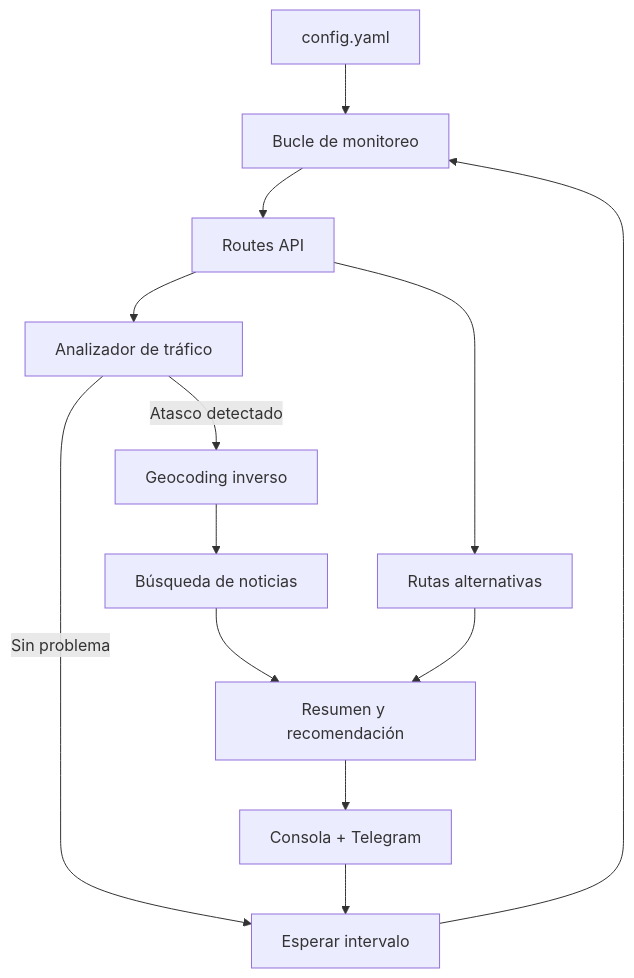
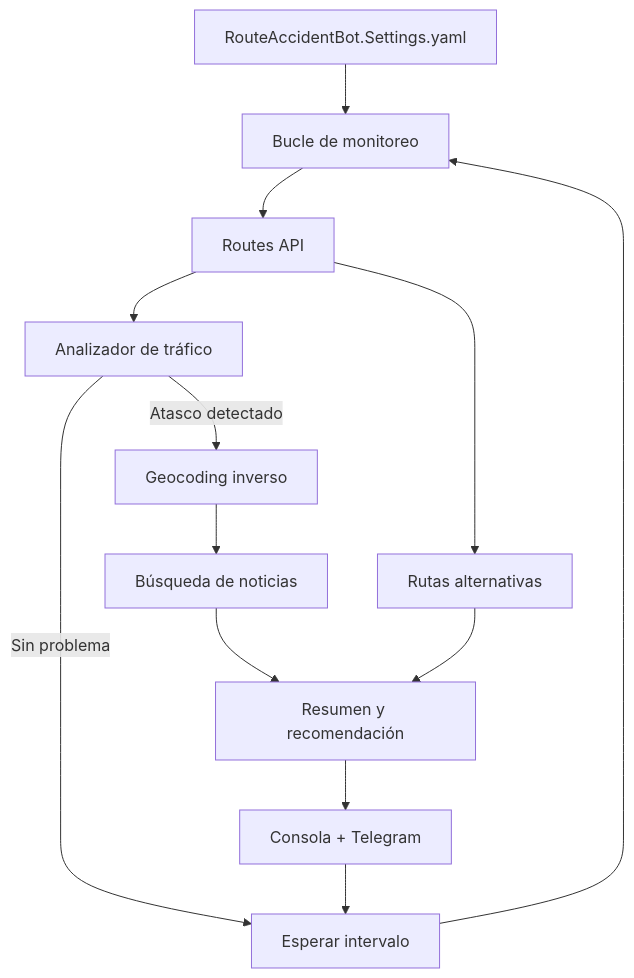
The diagram in README.md (StreckerMX/route-accident-bot), drawn with Mermaid before and after one commit. The commit also changed other lines of this file and 14 other files, not shown here.

````diff
--- a/README.md
+++ b/README.md
@@ -263,15 +265,15 @@
 ```mermaid
 flowchart TD
-    config[config.yaml] --> monitor[Bucle de monitoreo]
+    config[RouteAccidentBot.Settings.yaml] --> monitor[Bucle de monitoreo]
     monitor --> routesAPI[Routes API]
     routesAPI --> analyzer[Analizador de tráfico]
     analyzer -->|Sin problema| wait[Esperar intervalo]
     analyzer -->|Atasco detectado| geocode[Geocoding inverso]
     geocode --> news[Búsqueda de noticias]
     news --> summary[Resumen y recomendación]
     routesAPI --> alt[Rutas alternativas]
     alt --> summary
     summary --> alert[Consola + Telegram]
     alert --> wait
     wait --> monitor
 ```
````
